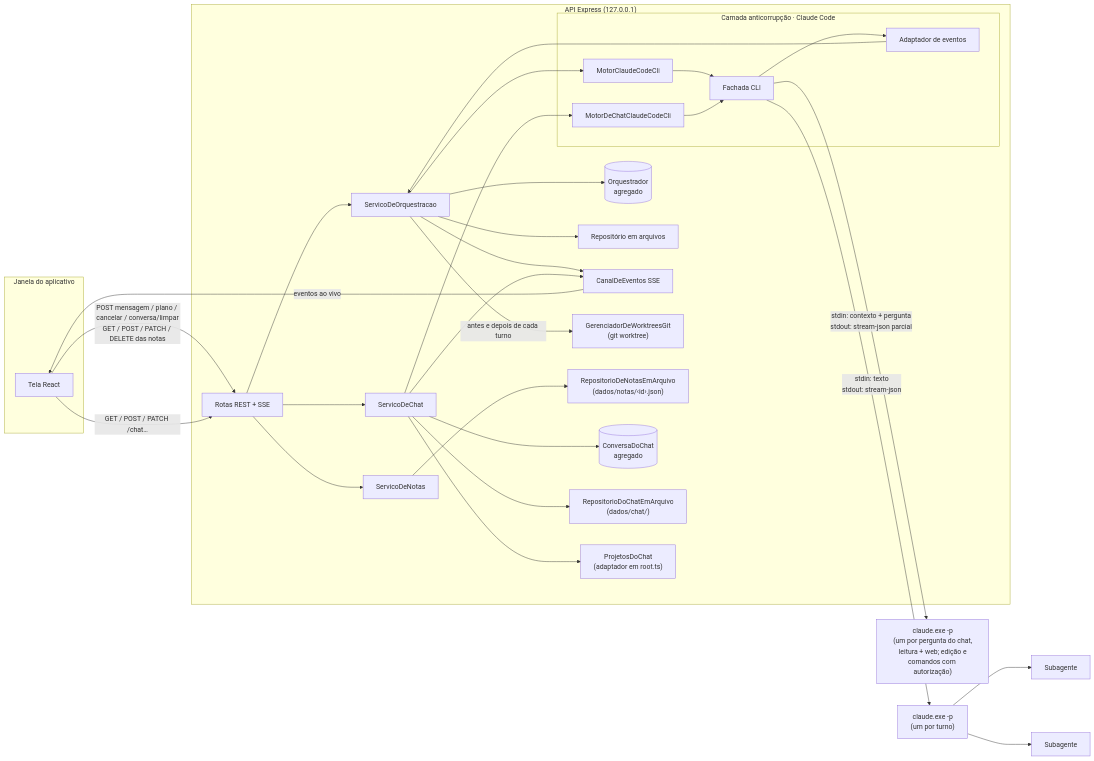
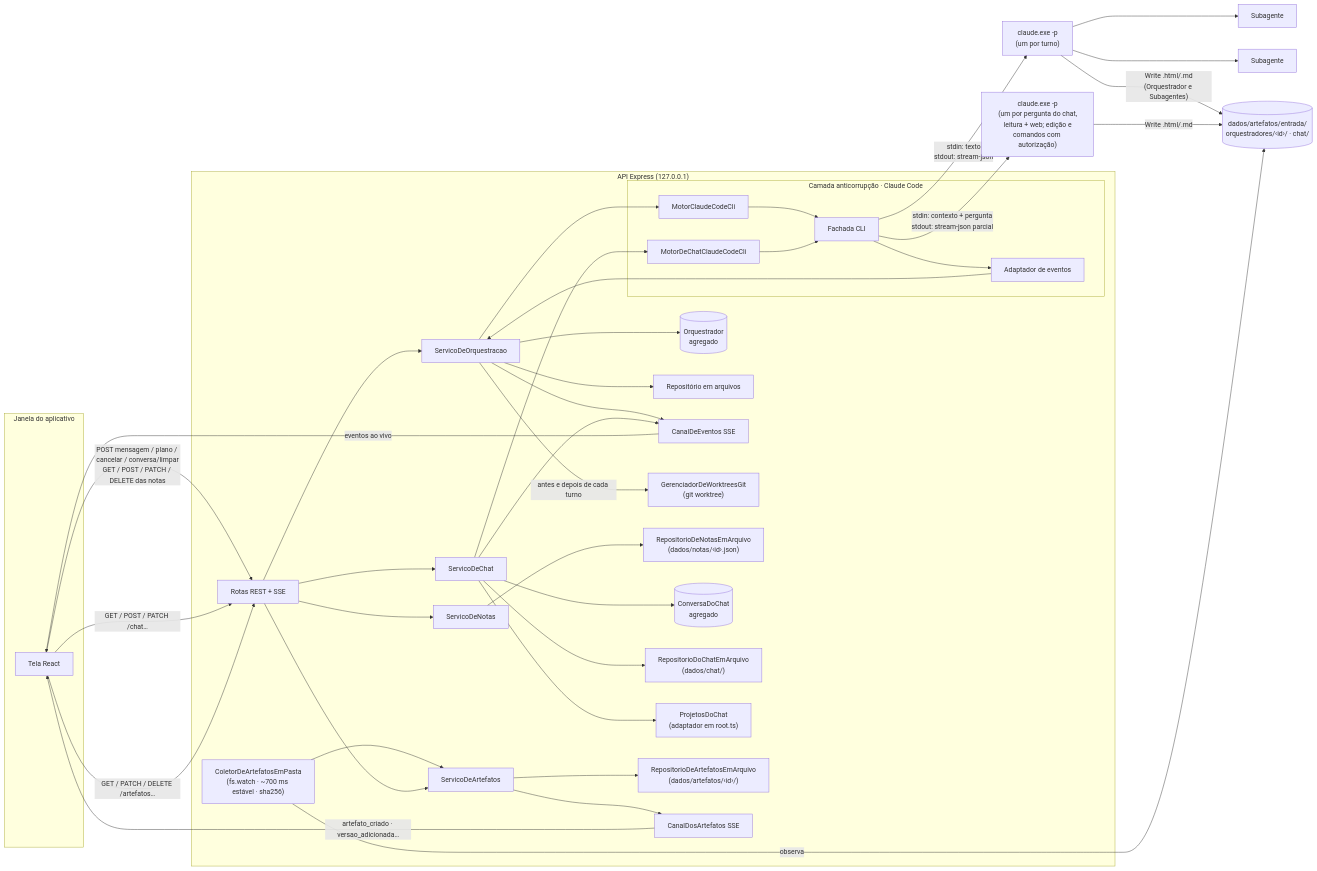
The second of 3 diagrams in README.md (Le3Dev/orquestrador-app), drawn with Mermaid before and after one commit. The commit also changed other lines of this file and 60 other files, not shown here.

````diff
--- a/README.md
+++ b/README.md
@@ -269,48 +289,60 @@
 ```mermaid
 flowchart LR
   subgraph Janela["Janela do aplicativo"]
     T[Tela React]
   end
   subgraph API["API Express (127.0.0.1)"]
     R[Rotas REST + SSE]
     S[ServicoDeOrquestracao]
     O[(Orquestrador<br/>agregado)]
     Rep[Repositório em arquivos]
     C[CanalDeEventos SSE]
     W["GerenciadorDeWorktreesGit<br/>(git worktree)"]
     SN[ServicoDeNotas]
     RN["RepositorioDeNotasEmArquivo<br/>(dados/notas/‹id›.json)"]
     SC[ServicoDeChat]
     CV[(ConversaDoChat<br/>agregado)]
     RC["RepositorioDoChatEmArquivo<br/>(dados/chat/)"]
     PC["ProjetosDoChat<br/>(adaptador em root.ts)"]
+    SAR[ServicoDeArtefatos]
+    RAR["RepositorioDeArtefatosEmArquivo<br/>(dados/artefatos/‹id›/)"]
+    COL["ColetorDeArtefatosEmPasta<br/>(fs.watch · ~700 ms estável · sha256)"]
+    CAR[CanalDosArtefatos SSE]
     subgraph ACL["Camada anticorrupção · Claude Code"]
       M[MotorClaudeCodeCli]
       MC[MotorDeChatClaudeCodeCli]
       A[Adaptador de eventos]
       F[Fachada CLI]
     end
   end
   CC["claude.exe -p<br/>(um por turno)"]
   CCC["claude.exe -p<br/>(um por pergunta do chat,<br/>leitura + web; edição e<br/>comandos com autorização)"]
   SA1[Subagente]
   SA2[Subagente]
+  ENT[("dados/artefatos/entrada/<br/>orquestradores/‹id›/ · chat/")]
 
   T -- POST mensagem / plano / cancelar / conversa/limpar<br/>GET / POST / PATCH / DELETE das notas --> R
   C -- eventos ao vivo --> T
   R --> S --> O
   R --> SN --> RN
   S --> Rep
   S --> C
   S -- antes e depois de cada turno --> W
   S --> M --> F -- stdin: texto<br/>stdout: stream-json --> CC
   F --> A --> S
   CC --> SA1
   CC --> SA2
   T -- "GET / POST / PATCH /chat…" --> R
   R --> SC --> CV
   SC --> RC
   SC --> PC
   SC --> C
   SC --> MC --> F -- "stdin: contexto + pergunta<br/>stdout: stream-json parcial" --> CCC
+  CC -- "Write .html/.md<br/>(Orquestrador e Subagentes)" --> ENT
+  CCC -- "Write .html/.md" --> ENT
+  COL -- observa --> ENT
+  COL --> SAR
+  T -- "GET / PATCH / DELETE /artefatos…" --> R
+  R --> SAR --> RAR
+  SAR --> CAR -- "artefato_criado · versao_adicionada…" --> T
 ```
````
